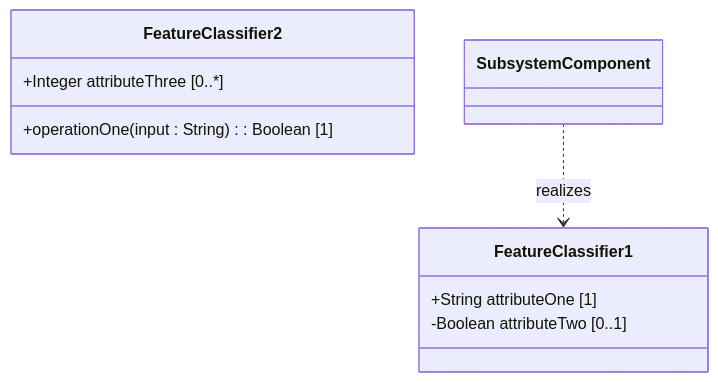
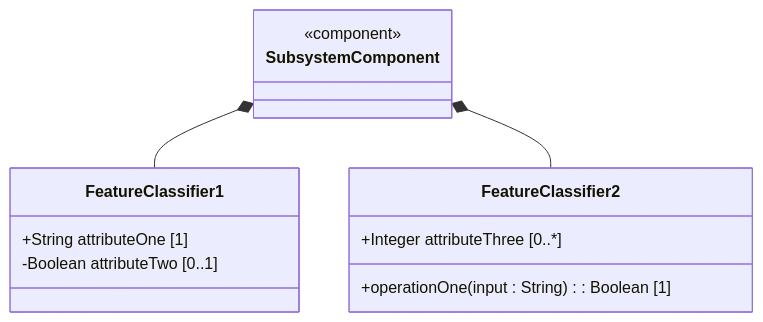
The first of 2 diagrams in skills/schema-specification-engineering/SKILL.md (gintatkinson/digital-pipeline-repo), drawn with Mermaid before and after one commit. The commit also changed other lines of this file and 1 other file, not shown here.

Commit message:
fix: resolve UML class diagram contradiction and invalid Mermaid syntax in templates

````diff
--- a/skills/schema-specification-engineering/SKILL.md
+++ b/skills/schema-specification-engineering/SKILL.md
@@ -118,12 +118,16 @@
     ```mermaid
     classDiagram
+        class SubsystemComponent {
+            <<component>>
+        }
         class FeatureClassifier1 {
             +String attributeOne [1]
             -Boolean attributeTwo [0..1]
         }
         class FeatureClassifier2 {
             +Integer attributeThree [0..*]
             +operationOne(input : String) : Boolean [1]
         }
-        SubsystemComponent ..> FeatureClassifier1 : realizes
+        SubsystemComponent *-- FeatureClassifier1
+        SubsystemComponent *-- FeatureClassifier2
     ```
````
